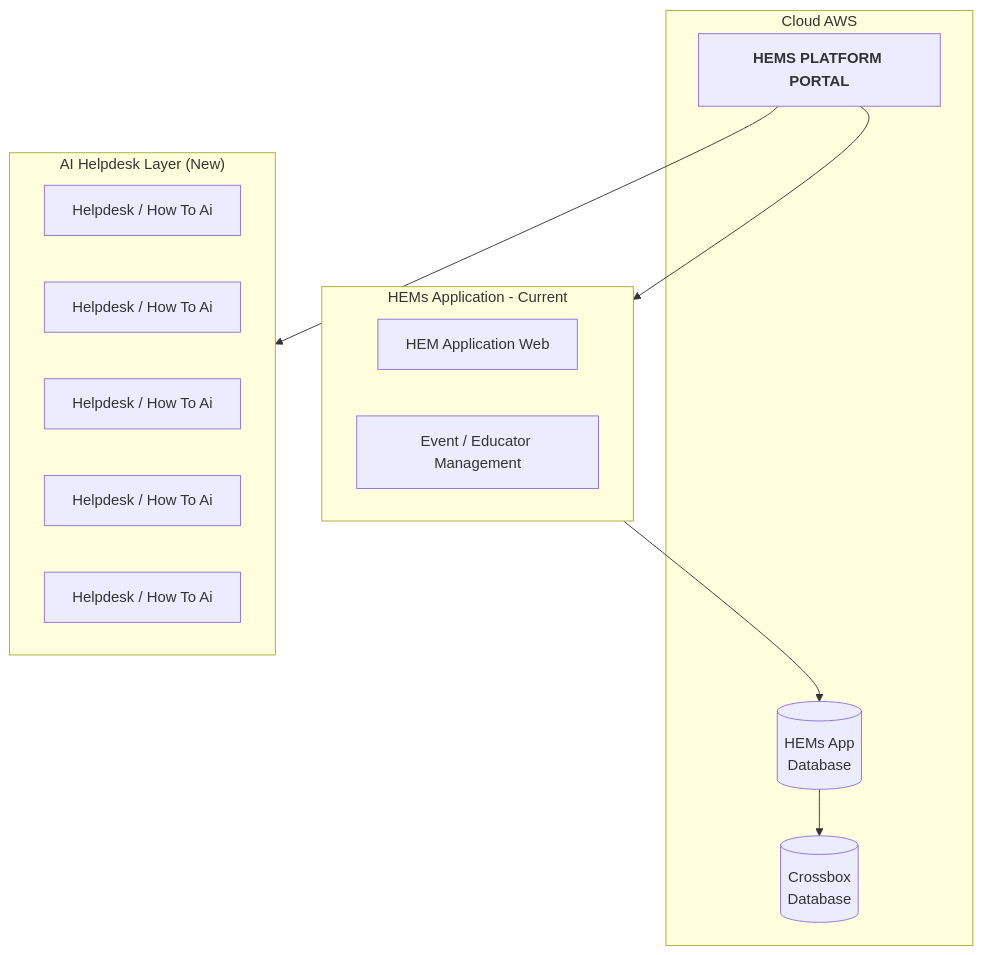
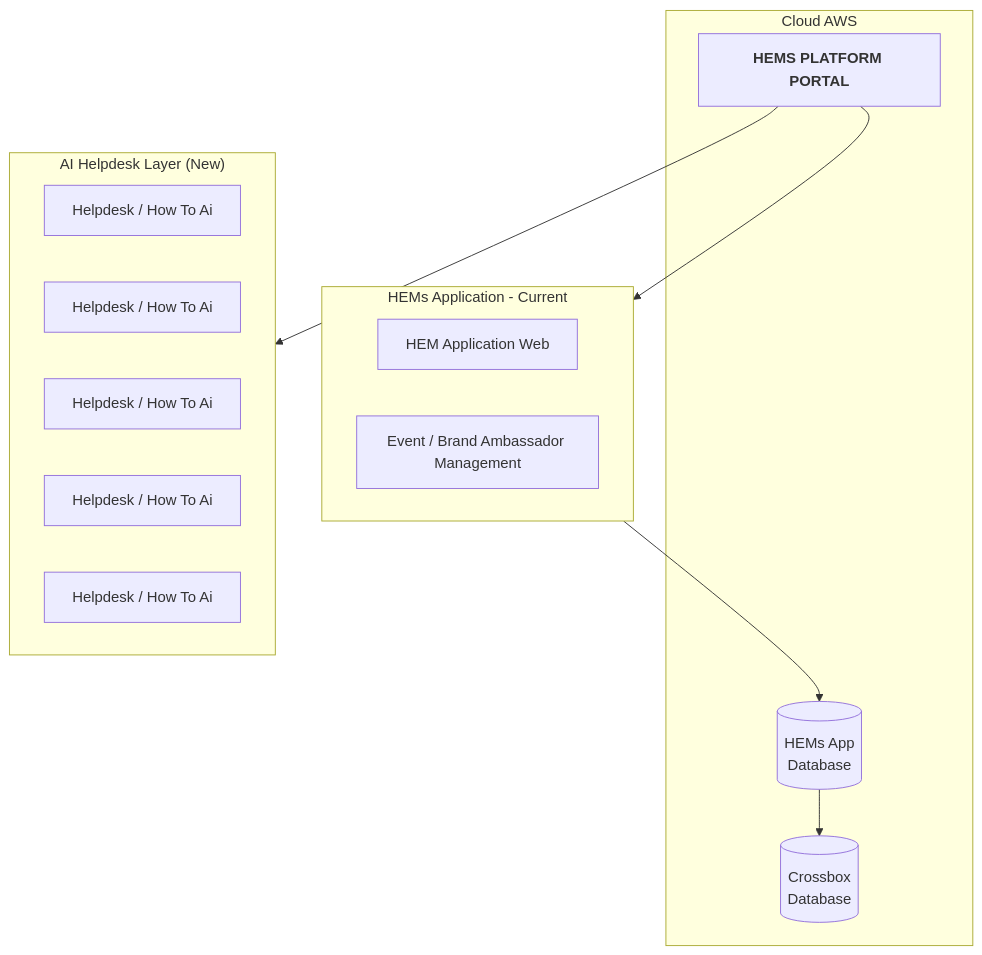
One commit to rafaeelricco/Hartopsprototype changed the third of 15 diagrams in docs/for-llms/hart-sharepoint/tech-vision-diagram.md. Above: the diagram before and after it, drawn with Mermaid. The commit also changed other lines of this file and 15 other files, not shown here.

````diff
--- a/docs/for-llms/hart-sharepoint/tech-vision-diagram.md
+++ b/docs/for-llms/hart-sharepoint/tech-vision-diagram.md
@@ -138,27 +138,27 @@
 ```mermaid
 graph TB
     subgraph AWS["Cloud AWS"]
         HEMS_DB[("HEMs App<br/>Database")]
         CROSSBOX_DB[("Crossbox<br/>Database")]
         PORTAL["<b>HEMS PLATFORM PORTAL</b>"]
     end
 
     subgraph HEMS_APP["HEMs Application - Current"]
         HEM_WEB["HEM Application Web"]
-        EDU_MGT["Event / Educator Management"]
+        EDU_MGT["Event / Brand Ambassador Management"]
     end
 
     subgraph HELPDESK["AI Helpdesk Layer (New)"]
         direction LR
         HD1["Helpdesk / How To Ai"]
         HD2["Helpdesk / How To Ai"]
         HD3["Helpdesk / How To Ai"]
         HD4["Helpdesk / How To Ai"]
         HD5["Helpdesk / How To Ai"]
     end
 
     PORTAL --> HEMS_APP
     HEMS_APP --> HEMS_DB
     HEMS_DB --> CROSSBOX_DB
     PORTAL --> HELPDESK
 ```
````
